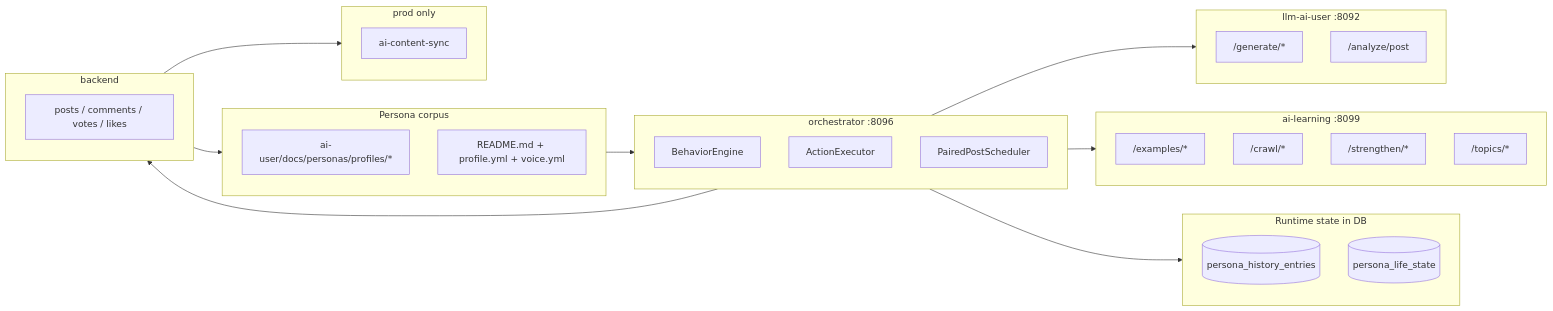
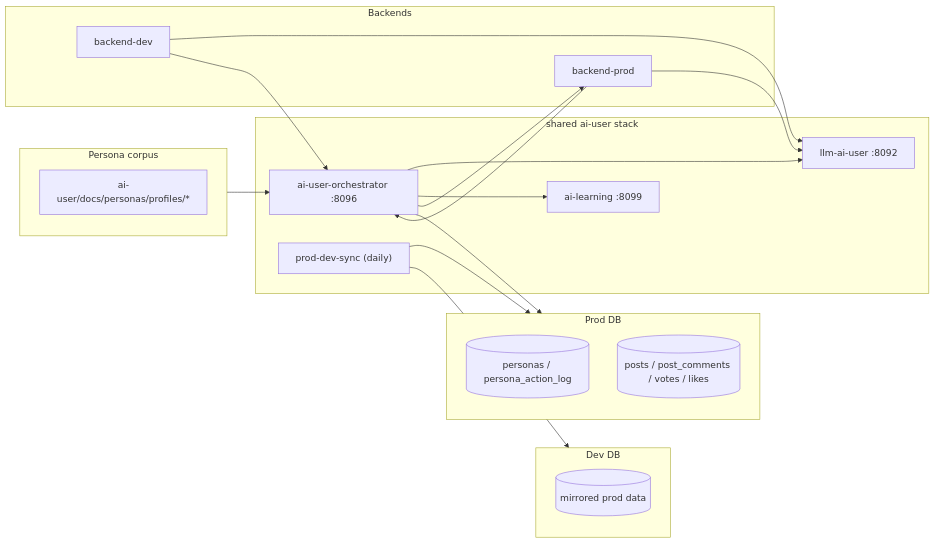
Before and after one commit to Justant-source/Again-Spring: the diagram in docs/ai-user/architecture.md, drawn with Mermaid. The commit also changed other lines of this file and 37 other files, not shown here.

Commit message:
refactor: share ai-user stack across dev and prod

````diff
--- a/docs/ai-user/architecture.md
+++ b/docs/ai-user/architecture.md
@@ -9,46 +9,39 @@
 ```mermaid
 flowchart LR
     subgraph Persona["Persona corpus"]
         P1["ai-user/docs/personas/profiles/*"]
-        P2["README.md + profile.yml + voice.yml"]
     end
 
-    subgraph RuntimeDb["Runtime state in DB"]
-        R1[("persona_history_entries")]
-        R2[("persona_life_state")]
+    subgraph ProdDb["Prod DB"]
+        R1[("personas / persona_action_log")]
+        R2[("posts / post_comments / votes / likes")]
     end
 
-    subgraph Orc["orchestrator :8096"]
-        O1["BehaviorEngine"]
-        O2["ActionExecutor"]
-        O3["PairedPostScheduler"]
+    subgraph Shared["shared ai-user stack"]
+        O["ai-user-orchestrator :8096"]
+        L["llm-ai-user :8092"]
+        A["ai-learning :8099"]
+        S["prod-dev-sync (daily)"]
     end
 
-    subgraph Llm["llm-ai-user :8092"]
-        L1["/generate/*"]
-        L2["/analyze/post"]
+    subgraph DevDb["Dev DB"]
+        D1[("mirrored prod data")]
     end
 
-    subgraph Learn["ai-learning :8099"]
-        A1["/examples/*"]
-        A2["/crawl/*"]
-        A3["/strengthen/*"]
-        A4["/topics/*"]
+    subgraph Backends["Backends"]
+        BD["backend-dev"]
+        BP["backend-prod"]
     end
 
-    subgraph Be["backend"]
-        B1["posts / comments / votes / likes"]
-    end
-
-    subgraph Sync["prod only"]
-        S1["ai-content-sync"]
-    end
-
-    Persona --> Orc
-    Orc --> Llm
-    Orc --> Learn
-    Orc --> Be
-    Orc --> RuntimeDb
-    Be --> Persona
-    Be --> Sync
+    Persona --> O
+    O --> L
+    O --> A
+    O --> BP
+    O --> ProdDb
+    BD --> L
+    BD --> O
+    BP --> L
+    BP --> O
+    S --> ProdDb
+    S --> DevDb
 ```
````
